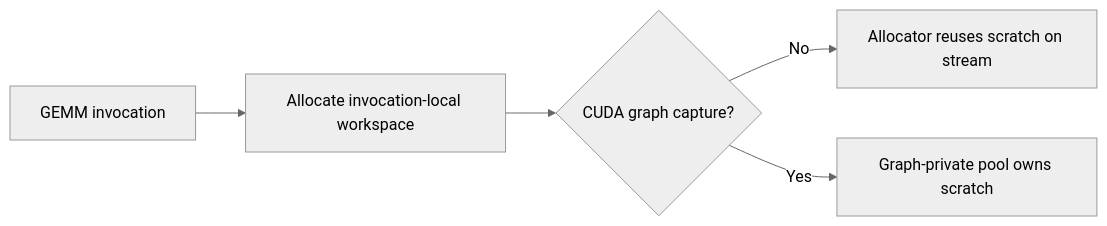
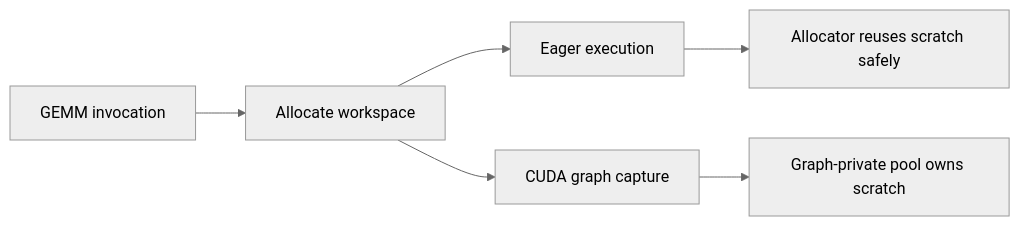
Before and after one commit to yuguo-Jack/HCU-TrainFlow: the diagram in knowledge/projects/transformer-engine/knowledgebase/upstream/prs/NVIDIA--TransformerEngine/PR-3625.md, drawn with Mermaid. The commit also changed other lines of this file and 19088 other files, not shown here.

````diff
--- a/knowledge/projects/transformer-engine/knowledgebase/upstream/prs/NVIDIA--TransformerEngine/PR-3625.md
+++ b/knowledge/projects/transformer-engine/knowledgebase/upstream/prs/NVIDIA--TransformerEngine/PR-3625.md
@@ -112,8 +112,9 @@
 ```mermaid
 %%{init: {'theme': 'neutral'}}%%
 flowchart LR
-  GEMM[GEMM invocation] --> Allocate[Allocate invocation-local workspace]
-  Allocate --> Eager{CUDA graph capture?}
-  Eager -- No --> Cache[Allocator reuses scratch on stream]
-  Eager -- Yes --> Pool[Graph-private pool owns scratch]
+  GEMM[GEMM invocation] --> A[Allocate workspace]
+  A --> E[Eager execution]
+  A --> G[CUDA graph capture]
+  E --> C[Allocator reuses scratch safely]
+  G --> P[Graph-private pool owns scratch]
 ```
````
